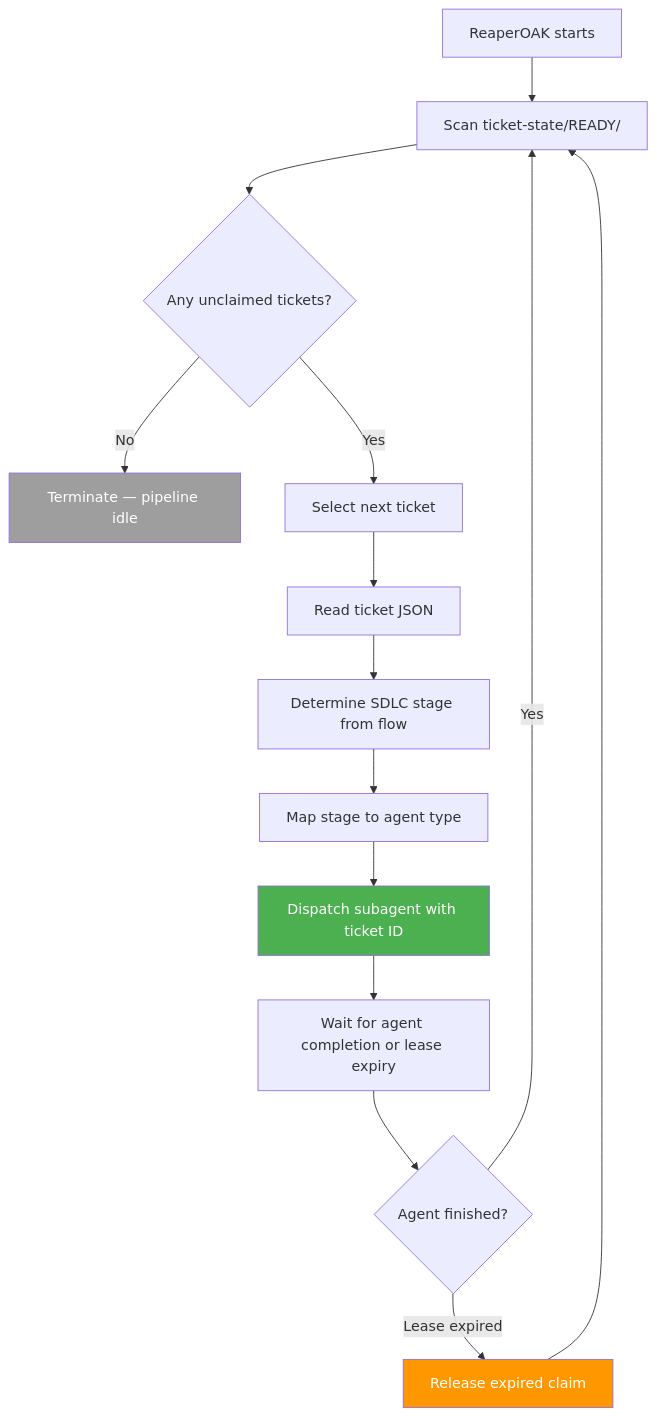
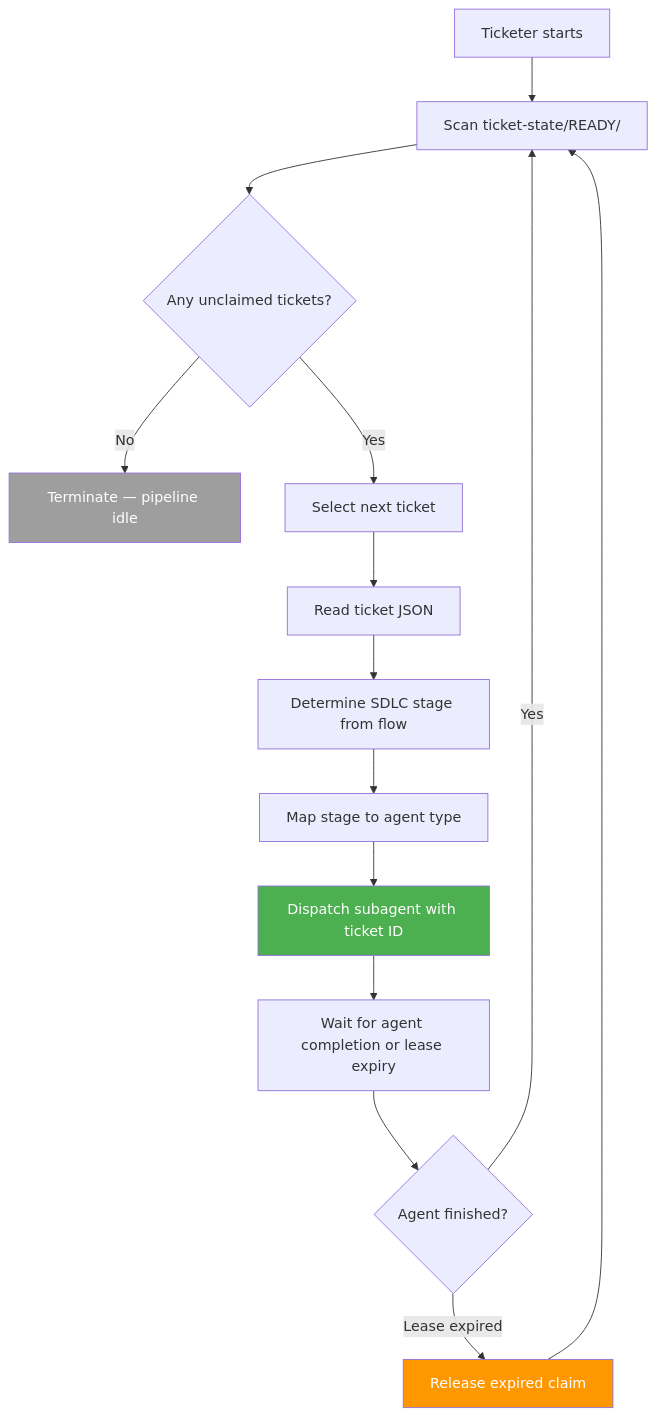
Before and after one commit to ReaperOAK/ForgeOS: the third of 5 diagrams in docs/product/user-personas.md, drawn with Mermaid. The commit also changed other lines of this file and 418 other files, not shown here.

Commit message:
ReaperOAK -> Ticketer

````diff
--- a/docs/product/user-personas.md
+++ b/docs/product/user-personas.md
@@ -339,24 +339,24 @@
 ```mermaid
 flowchart TD
-    A[ReaperOAK starts] --> B[Scan ticket-state/READY/]
+    A[Ticketer starts] --> B[Scan ticket-state/READY/]
     B --> C{Any unclaimed tickets?}
 
     C -->|No| D[Terminate — pipeline idle]
     C -->|Yes| E[Select next ticket]
 
     E --> F[Read ticket JSON]
     F --> G[Determine SDLC stage from flow]
     G --> H[Map stage to agent type]
     H --> I[Dispatch subagent with ticket ID]
 
     I --> J[Wait for agent completion or lease expiry]
     J --> K{Agent finished?}
 
     K -->|Yes| B
     K -->|Lease expired| L[Release expired claim]
     L --> B
 
     style D fill:#9E9E9E,color:#fff
     style I fill:#4CAF50,color:#fff
     style L fill:#FF9800,color:#fff
 ```
````
